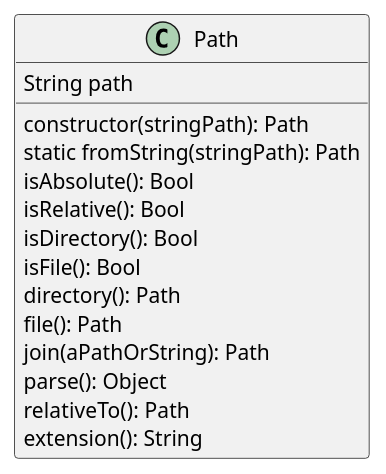
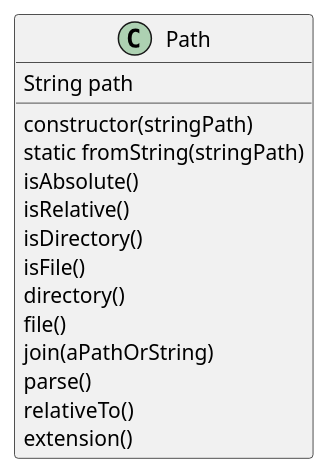
The diagram in Path.puml (jarusll/Path), drawn with PlantUML before and after one commit.

Commit message:
remove return types from uml

```diff
--- a/Path.puml
+++ b/Path.puml
@@ -1,17 +1,17 @@
 @startuml
 class Path{
     String path
-    constructor(stringPath): Path
-    static fromString(stringPath): Path
-    isAbsolute(): Bool
-    isRelative(): Bool
-    isDirectory(): Bool
-    isFile(): Bool
-    directory(): Path
-    file(): Path
-    join(aPathOrString): Path
-    parse(): Object
-    relativeTo(): Path
-    extension(): String
+    constructor(stringPath)
+    static fromString(stringPath)
+    isAbsolute()
+    isRelative()
+    isDirectory()
+    isFile()
+    directory()
+    file()
+    join(aPathOrString)
+    parse()
+    relativeTo()
+    extension()
 }
 @enduml
```
